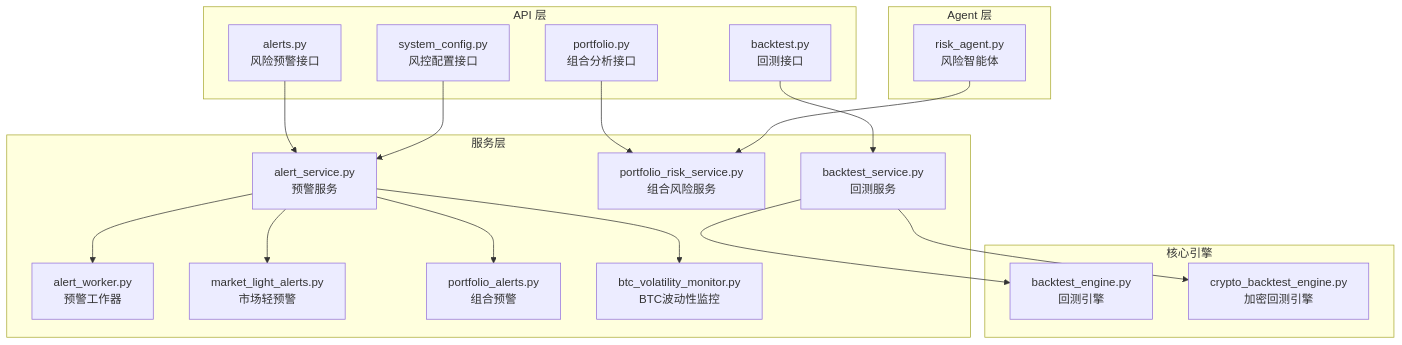
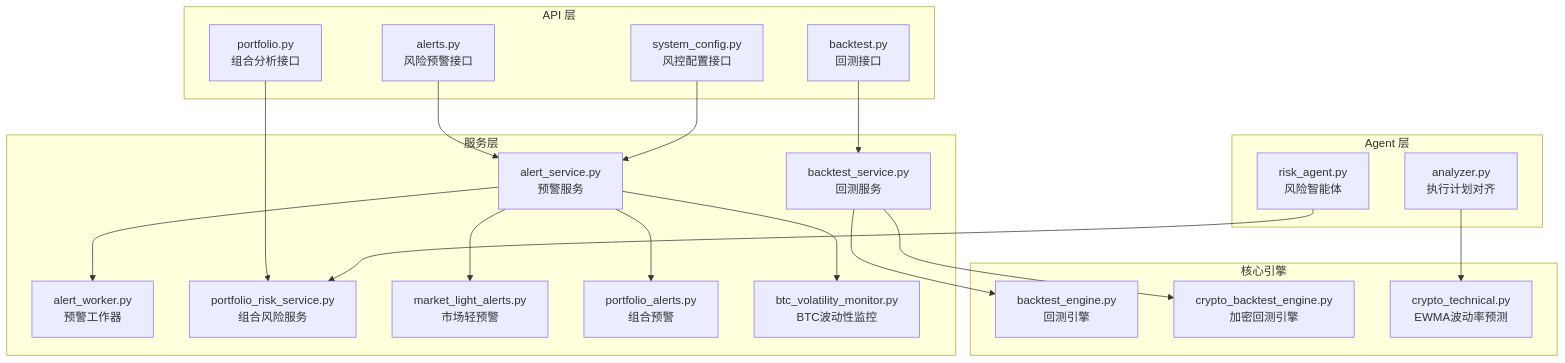
Before and after one commit to anYaoooo/daily_stock_analysis: the first of 8 diagrams in .qoder/repowiki/zh/content/交易策略系统/风险管理.md, drawn with Mermaid. The commit also changed other lines of this file and 23 other files, not shown here.

````diff
--- a/.qoder/repowiki/zh/content/交易策略系统/风险管理.md
+++ b/.qoder/repowiki/zh/content/交易策略系统/风险管理.md
@@ -48,36 +59,39 @@
 ```mermaid
 graph TB
 subgraph "API 层"
 A1["alerts.py<br/>风险预警接口"]
 A2["backtest.py<br/>回测接口"]
 A3["portfolio.py<br/>组合分析接口"]
 A4["system_config.py<br/>风控配置接口"]
 end
 subgraph "服务层"
 S1["alert_service.py<br/>预警服务"]
 S2["alert_worker.py<br/>预警工作器"]
 S3["portfolio_risk_service.py<br/>组合风险服务"]
 S4["market_light_alerts.py<br/>市场轻预警"]
 S5["portfolio_alerts.py<br/>组合预警"]
 S6["btc_volatility_monitor.py<br/>BTC波动性监控"]
 S7["backtest_service.py<br/>回测服务"]
 end
 subgraph "Agent 层"
 G1["risk_agent.py<br/>风险智能体"]
+G2["analyzer.py<br/>执行计划对齐"]
 end
 subgraph "核心引擎"
 E1["backtest_engine.py<br/>回测引擎"]
 E2["crypto_backtest_engine.py<br/>加密回测引擎"]
+E3["crypto_technical.py<br/>EWMA波动率预测"]
 end
 A1 --> S1
 A2 --> S7
 A3 --> S3
 A4 --> S1
 S1 --> S2
 S1 --> S4
 S1 --> S5
 S1 --> S6
 S7 --> E1
 S7 --> E2
 G1 --> S3
+G2 --> E3
 ```
````
